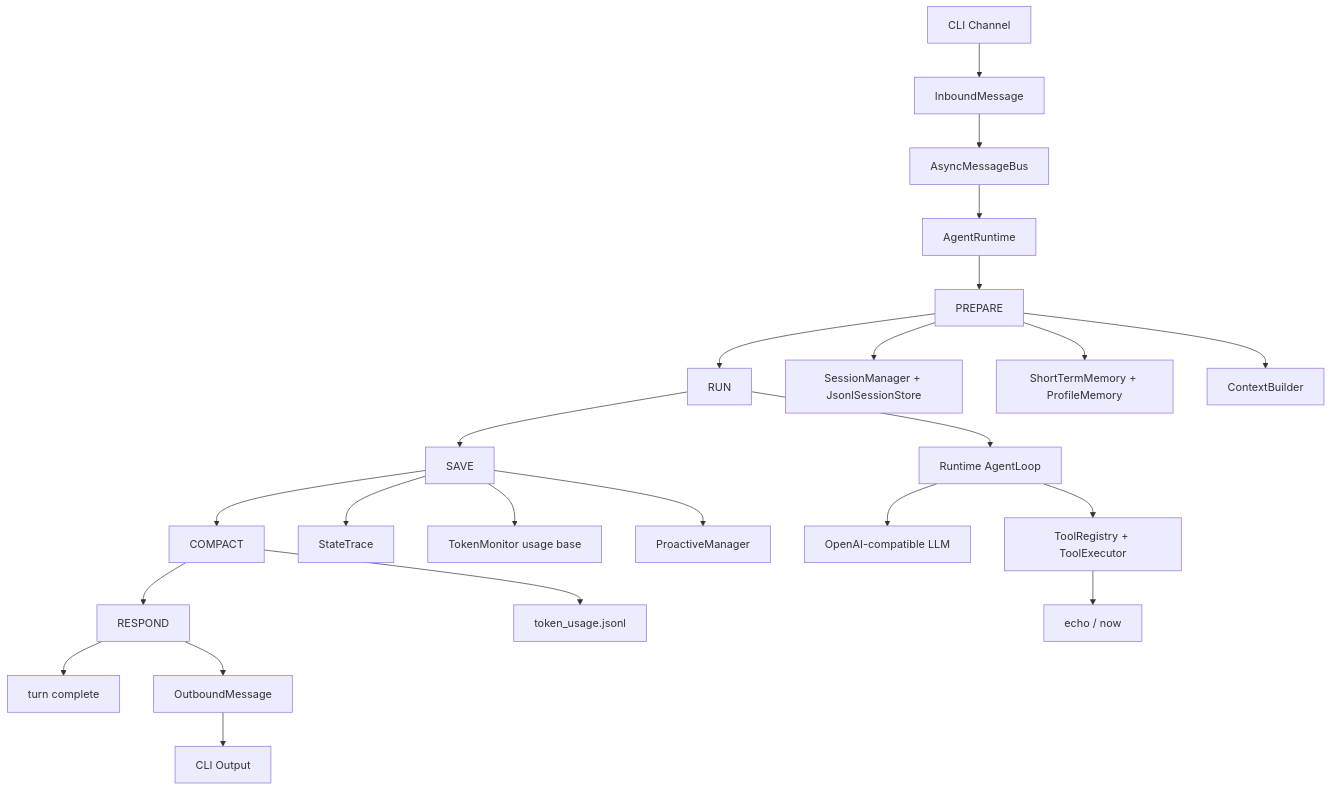
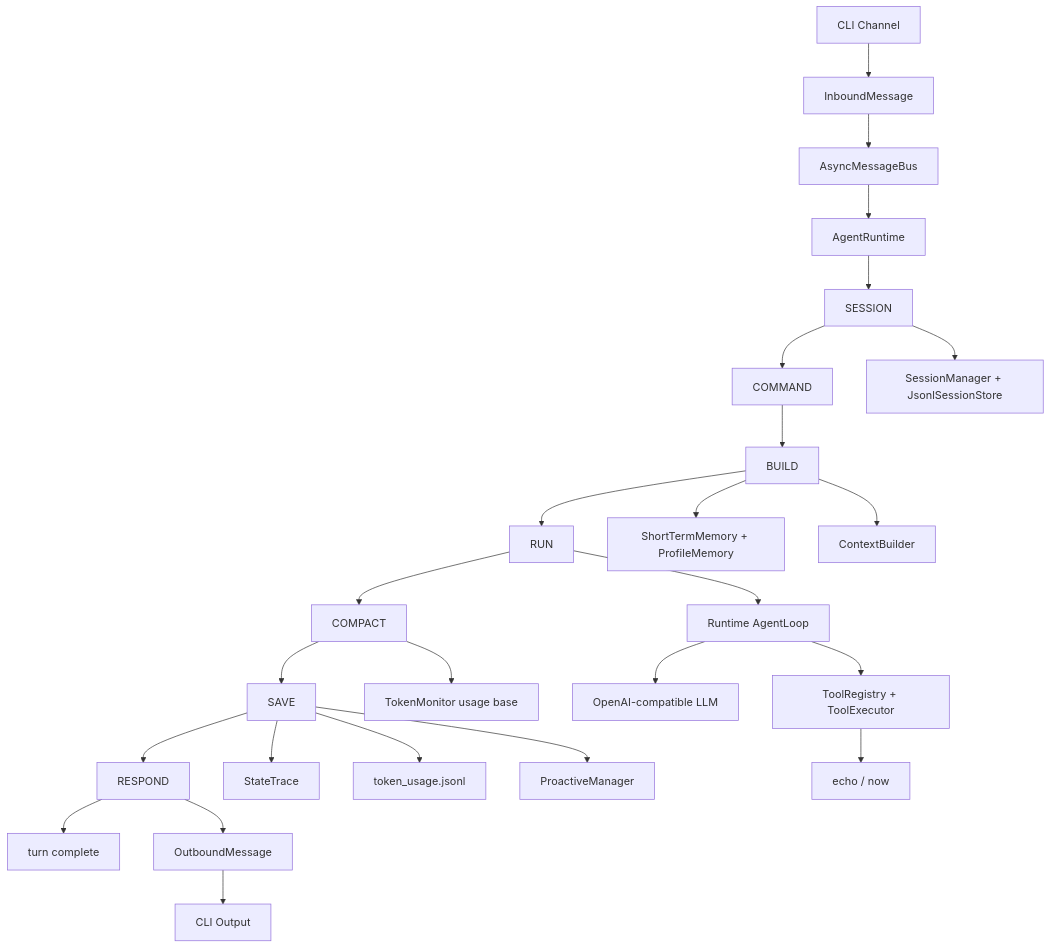
The diagram in README.md (neystan/Turning-Good-Agent), drawn with Mermaid before and after one commit. The commit also changed other lines of this file and 7 other files, not shown here.

````diff
--- a/README.md
+++ b/README.md
@@ -77,30 +77,32 @@
 ```mermaid
 flowchart TD
     CLI[CLI Channel] --> Inbound[InboundMessage]
     Inbound --> Bus[AsyncMessageBus]
     Bus --> Runtime[AgentRuntime]
 
-    Runtime --> Prepare[PREPARE]
-    Prepare --> Run[RUN]
-    Run --> Save[SAVE]
-    Save --> Compact[COMPACT]
-    Compact --> Respond[RESPOND]
+    Runtime --> Session[SESSION]
+    Session --> Command[COMMAND]
+    Command --> Build[BUILD]
+    Build --> Run[RUN]
+    Run --> Compact[COMPACT]
+    Compact --> Save[SAVE]
+    Save --> Respond[RESPOND]
     Respond --> End[turn complete]
 
-    Prepare --> Session[SessionManager + JsonlSessionStore]
-    Prepare --> Memory[ShortTermMemory + ProfileMemory]
-    Prepare --> Context[ContextBuilder]
+    Session --> SessionStore[SessionManager + JsonlSessionStore]
+    Build --> Memory[ShortTermMemory + ProfileMemory]
+    Build --> Context[ContextBuilder]
 
     Run --> AgentLoop[Runtime AgentLoop]
     AgentLoop --> LLM[OpenAI-compatible LLM]
     AgentLoop --> Tools[ToolRegistry + ToolExecutor]
     Tools --> Builtins[echo / now]
 
+    Compact --> Token[TokenMonitor usage base]
     Save --> Trace[StateTrace]
-    Save --> Token[TokenMonitor usage base]
+    Save --> TokenUsage[token_usage.jsonl]
     Save --> Proactive[ProactiveManager]
-    Compact --> TokenUsage[token_usage.jsonl]
 
     Respond --> Outbound[OutboundMessage]
     Outbound --> CLIOut[CLI Output]
 ```
````
